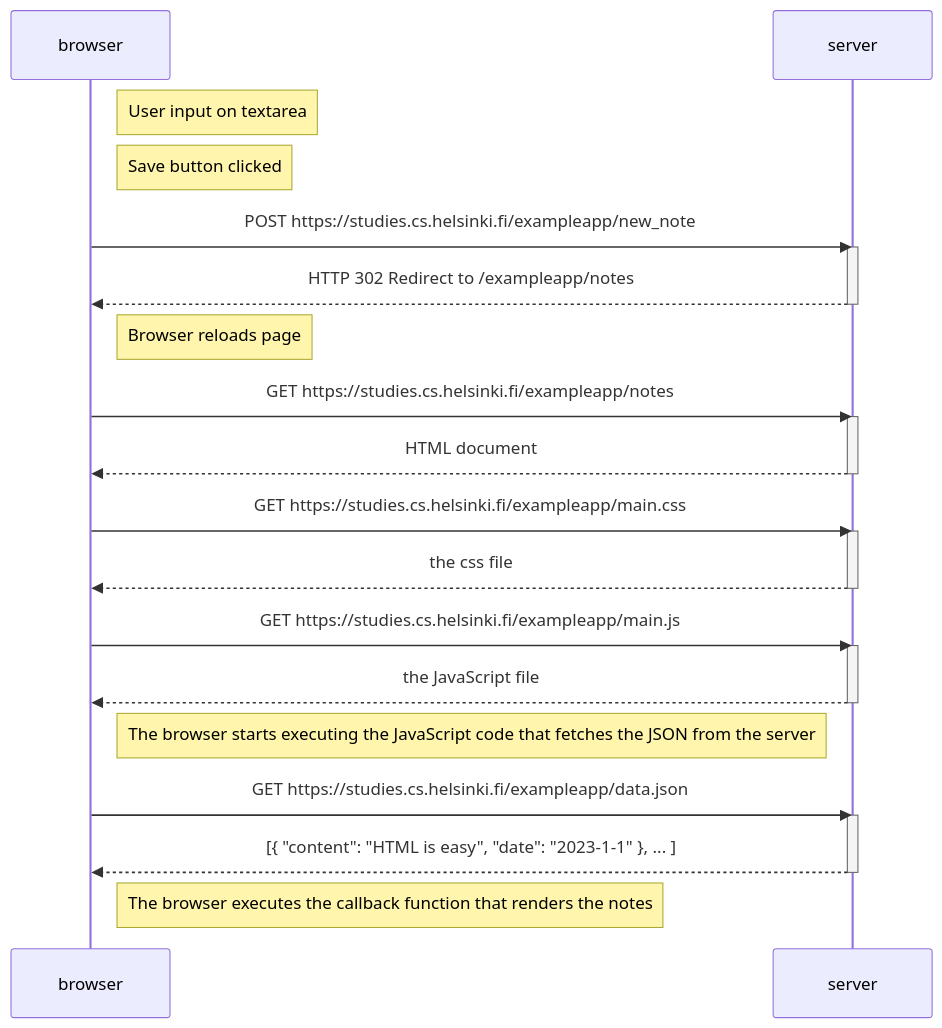
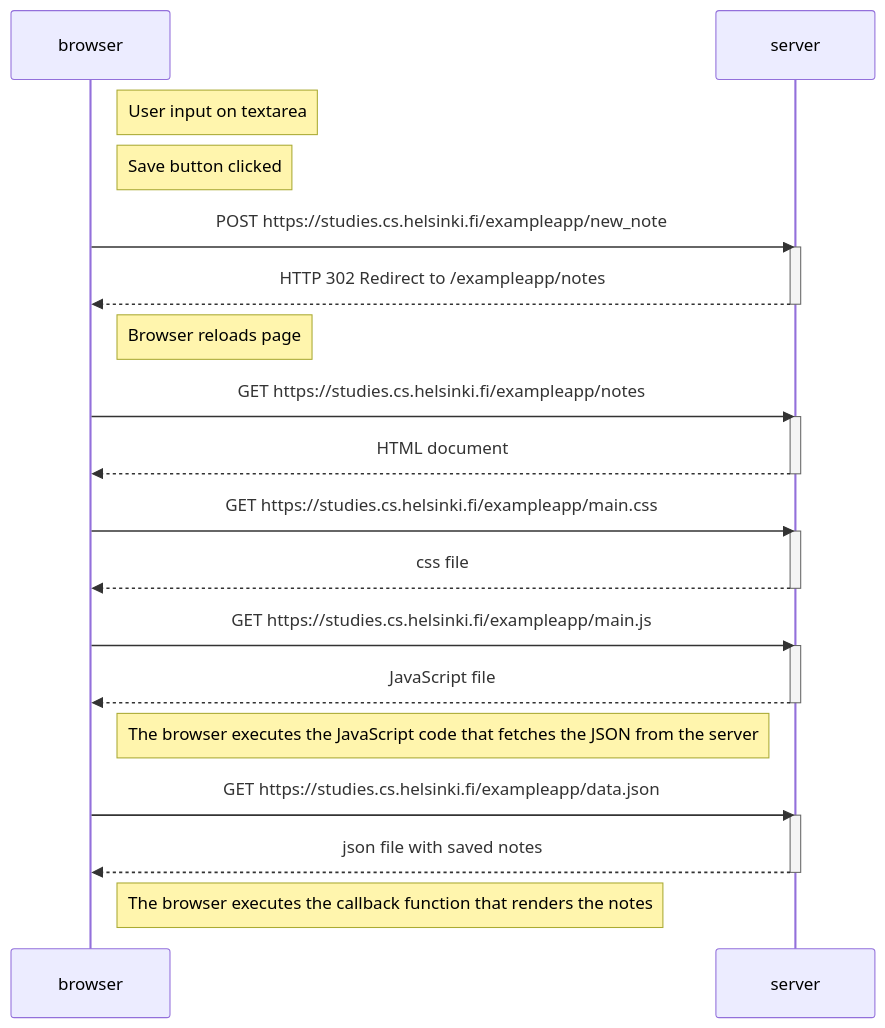
Before and after one commit to gbiagi/FullStackOpen: the diagram in part0/04_newNoteDiagram.md, drawn with Mermaid.

````diff
--- a/part0/04_newNoteDiagram.md
+++ b/part0/04_newNoteDiagram.md
@@ -1,41 +1,41 @@
 ```mermaid
 sequenceDiagram
     participant browser
     participant server
 
     Note right of browser: User input on textarea
     Note right of browser: Save button clicked
 
     browser->>server: POST https://studies.cs.helsinki.fi/exampleapp/new_note
     activate server
     server-->>browser: HTTP 302 Redirect to /exampleapp/notes
     deactivate server
 
     
     
     Note right of browser: Browser reloads page
     browser->>server: GET https://studies.cs.helsinki.fi/exampleapp/notes
     activate server
     server-->>browser: HTML document
     deactivate server
 
     browser->>server: GET https://studies.cs.helsinki.fi/exampleapp/main.css
     activate server
-    server-->>browser: the css file
+    server-->>browser: css file
     deactivate server
 
     browser->>server: GET https://studies.cs.helsinki.fi/exampleapp/main.js
     activate server
-    server-->>browser: the JavaScript file
+    server-->>browser: JavaScript file
     deactivate server
 
-    Note right of browser: The browser starts executing the JavaScript code that fetches the JSON from the server
+    Note right of browser: The browser executes the JavaScript code that fetches the JSON from the server
 
     browser->>server: GET https://studies.cs.helsinki.fi/exampleapp/data.json
     activate server
-    server-->>browser: [{ "content": "HTML is easy", "date": "2023-1-1" }, ... ]
+    server-->>browser: json file with saved notes
     deactivate server
 
     Note right of browser: The browser executes the callback function that renders the notes
 
 ```
````
